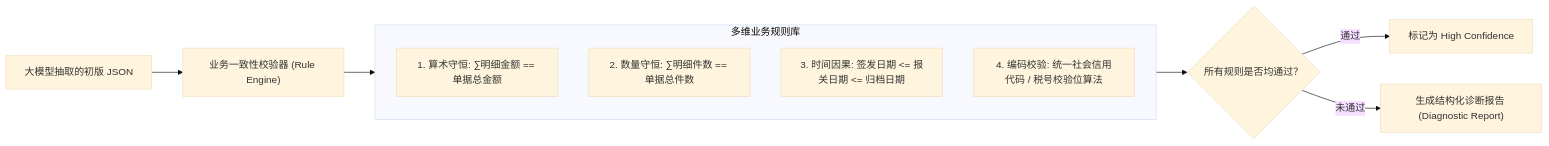
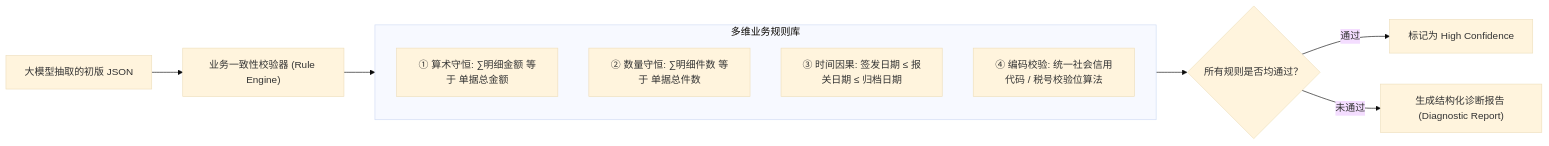
Before and after one commit to xyfu66/BlogWeb: the first of 3 diagrams in source/blog-web/src/posts/series/enterprise-ai-ocr/enterprise-ai-ocr-part-4-agentic-reflection-validation.md, drawn with Mermaid (base theme). The commit also changed other lines of this file and 4 other files, not shown here.

Commit message:
fix: cursor中图表渲染问题

````diff
--- a/source/blog-web/src/posts/series/enterprise-ai-ocr/enterprise-ai-ocr-part-4-agentic-reflection-validation.md
+++ b/source/blog-web/src/posts/series/enterprise-ai-ocr/enterprise-ai-ocr-part-4-agentic-reflection-validation.md
@@ -24,16 +24,16 @@
 ```mermaid
 flowchart LR
     ExtractedJSON["大模型抽取的初版 JSON"] --> RuleValidator["业务一致性校验器 (Rule Engine)"]
     
     subgraph Rules["多维业务规则库"]
-        R1["1. 算术守恒: ∑明细金额 == 单据总金额"]
-        R2["2. 数量守恒: ∑明细件数 == 单据总件数"]
-        R3["3. 时间因果: 签发日期 <= 报关日期 <= 归档日期"]
-        R4["4. 编码校验: 统一社会信用代码 / 税号校验位算法"]
+        R1["① 算术守恒: ∑明细金额 等于 单据总金额"]
+        R2["② 数量守恒: ∑明细件数 等于 单据总件数"]
+        R3["③ 时间因果: 签发日期 ≤ 报关日期 ≤ 归档日期"]
+        R4["④ 编码校验: 统一社会信用代码 / 税号校验位算法"]
     end
     
     RuleValidator --> Rules
     Rules --> Result{"所有规则是否均通过？"}
-    Result -->|通过| Success["标记为 High Confidence"]
-    Result -->|未通过| ErrorDiagnostic["生成结构化诊断报告 (Diagnostic Report)"]
+    Result -->|"通过"| Success["标记为 High Confidence"]
+    Result -->|"未通过"| ErrorDiagnostic["生成结构化诊断报告 (Diagnostic Report)"]
 ```
````
